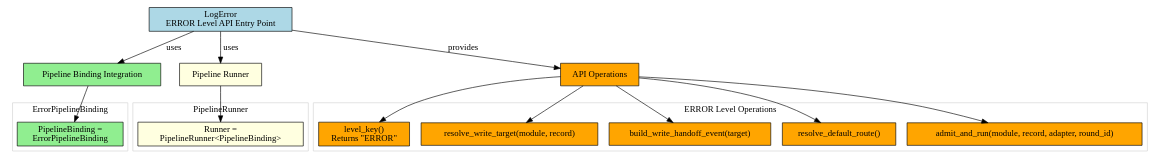
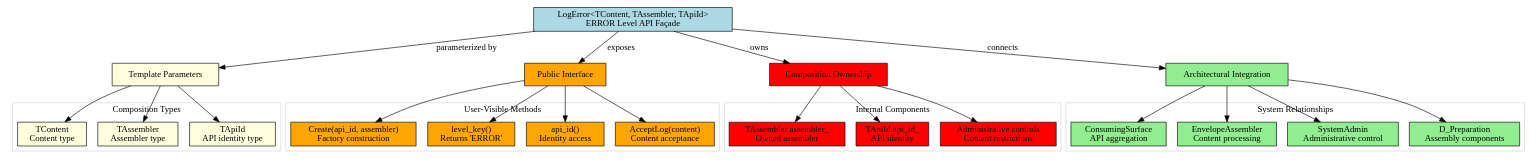
Before and after one commit to AlotfyDev/LoggingSystem: the diagram in ProjectManagement/Architectural_Analysis/logging_system/L_Level_api/log_error.dot, drawn with Graphviz. The commit also changed 9 other files, not shown here.

First line of the commit message:
docs: Add comprehensive architectural documentation for metadata injector contract and all level APIs

```diff
--- a/ProjectManagement/Architectural_Analysis/logging_system/L_Level_api/log_error.dot
+++ b/ProjectManagement/Architectural_Analysis/logging_system/L_Level_api/log_error.dot
@@ -1,53 +1,78 @@
 digraph log_error_architecture {
     rankdir=TB;
     node [shape=box, style=filled, fillcolor=lightblue];
-    
-    log_error [label="LogError\nERROR Level API Entry Point"];
-    
+
+    log_error_api [label="LogError<TContent, TAssembler, TApiId>\nERROR Level API Façade"];
+
+    node [shape=box, style=filled, fillcolor=lightyellow];
+    template_params [label="Template Parameters"];
+
+    log_error_api -> template_params [label="parameterized by"];
+
+    subgraph cluster_template_params {
+        label="Composition Types";
+        color=lightgrey;
+        tcontent [label="TContent\nContent type"];
+        tassembler [label="TAssembler\nAssembler type"];
+        tapiid [label="TApiId\nAPI identity type"];
+    }
+
+    template_params -> tcontent;
+    template_params -> tassembler;
+    template_params -> tapiid;
+
+    node [shape=box, style=filled, fillcolor=orange];
+    public_interface [label="Public Interface"];
+
+    log_error_api -> public_interface [label="exposes"];
+
+    subgraph cluster_public_interface {
+        label="User-Visible Methods";
+        color=lightgrey;
+        create_method [label="Create(api_id, assembler)\nFactory construction"];
+        level_key_method [label="level_key()\nReturns 'ERROR'"];
+        api_id_getter [label="api_id()\nIdentity access"];
+        accept_log_method [label="AcceptLog(content)\nContent acceptance"];
+    }
+
+    public_interface -> create_method;
+    public_interface -> level_key_method;
+    public_interface -> api_id_getter;
+    public_interface -> accept_log_method;
+
+    node [shape=box, style=filled, fillcolor=red];
+    composition_ownership [label="Composition Ownership"];
+
+    log_error_api -> composition_ownership [label="owns"];
+
+    subgraph cluster_composition {
+        label="Internal Components";
+        color=lightgrey;
+        assembler_owned [label="TAssembler assembler_\nOwned assembler"];
+        api_id_owned [label="TApiId api_id_\nAPI identity"];
+        admin_controls [label="Administrative controls\nContent restrictions"];
+    }
+
+    composition_ownership -> assembler_owned;
+    composition_ownership -> api_id_owned;
+    composition_ownership -> admin_controls;
+
     node [shape=box, style=filled, fillcolor=lightgreen];
-    pipeline_binding_integration [label="Pipeline Binding Integration"];
-    
-    log_error -> pipeline_binding_integration [label="uses"];
-    
-    subgraph cluster_binding {
-        label="ErrorPipelineBinding";
+    architectural_integration [label="Architectural Integration"];
+
+    log_error_api -> architectural_integration [label="connects"];
+
+    subgraph cluster_integration {
+        label="System Relationships";
         color=lightgrey;
-        error_pipeline [label="PipelineBinding =\nErrorPipelineBinding"];
+        consuming_surface [label="ConsumingSurface\nAPI aggregation"];
+        envelope_assembler [label="EnvelopeAssembler\nContent processing"];
+        system_admin [label="SystemAdmin\nAdministrative control"];
+        preparation_layer [label="D_Preparation\nAssembly components"];
     }
-    
-    pipeline_binding_integration -> error_pipeline;
-    
-    node [shape=box, style=filled, fillcolor=lightyellow];
-    runner_integration [label="Pipeline Runner"];
-    
-    log_error -> runner_integration [label="uses"];
-    
-    subgraph cluster_runner {
-        label="PipelineRunner";
-        color=lightgrey;
-        runner [label="Runner =\nPipelineRunner<PipelineBinding>"];
-    }
-    
-    runner_integration -> runner;
-    
-    node [shape=box, style=filled, fillcolor=orange];
-    api_operations [label="API Operations"];
-    
-    log_error -> api_operations [label="provides"];
-    
-    subgraph cluster_operations {
-        label="ERROR Level Operations";
-        color=lightgrey;
-        level_key_op [label="level_key()\nReturns \"ERROR\""];
-        resolve_target_op [label="resolve_write_target(module, record)"];
-        build_handoff_op [label="build_write_handoff_event(target)"];
-        resolve_route_op [label="resolve_default_route()"];
-        admit_and_run_op [label="admit_and_run(module, record, adapter, round_id)"];
-    }
-    
-    api_operations -> level_key_op;
-    api_operations -> resolve_target_op;
-    api_operations -> build_handoff_op;
-    api_operations -> resolve_route_op;
-    api_operations -> admit_and_run_op;
+
+    architectural_integration -> consuming_surface;
+    architectural_integration -> envelope_assembler;
+    architectural_integration -> system_admin;
+    architectural_integration -> preparation_layer;
 }
```
